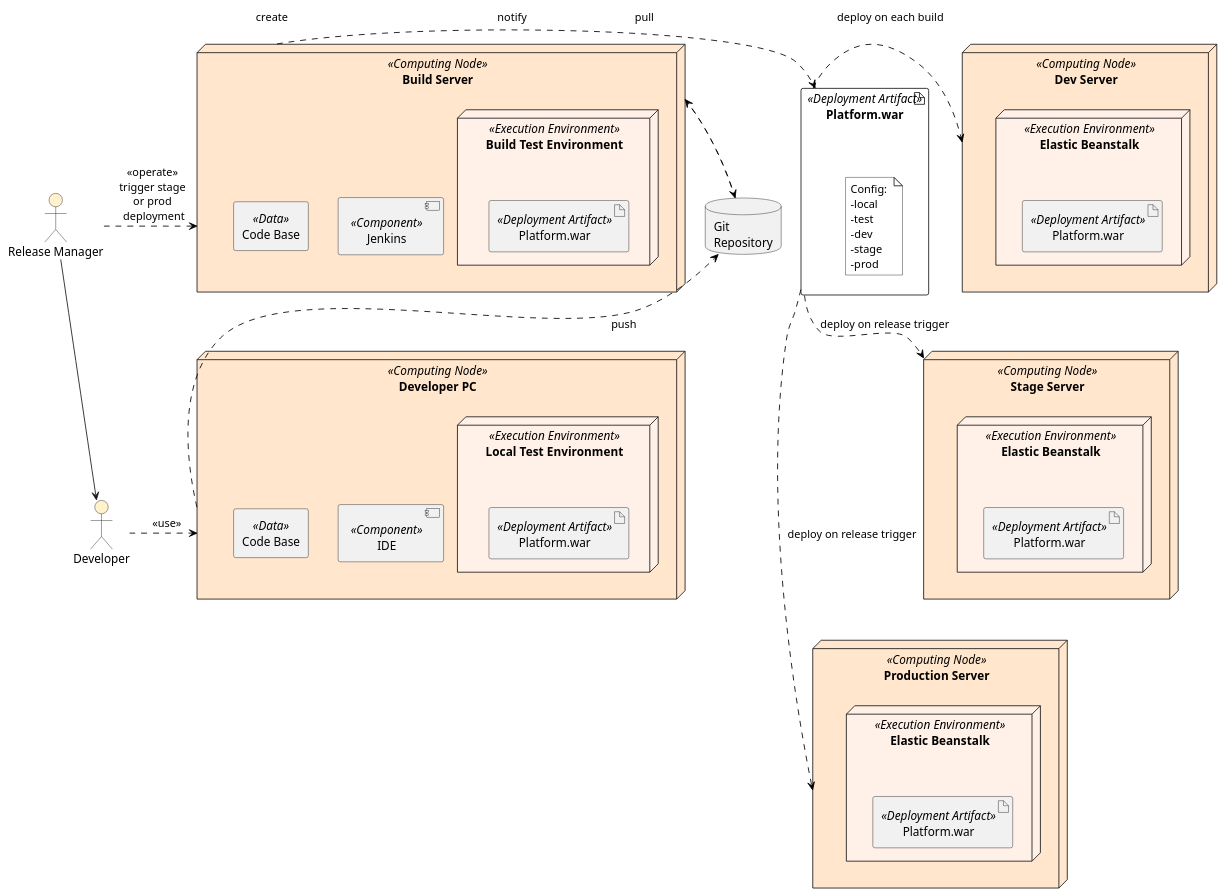
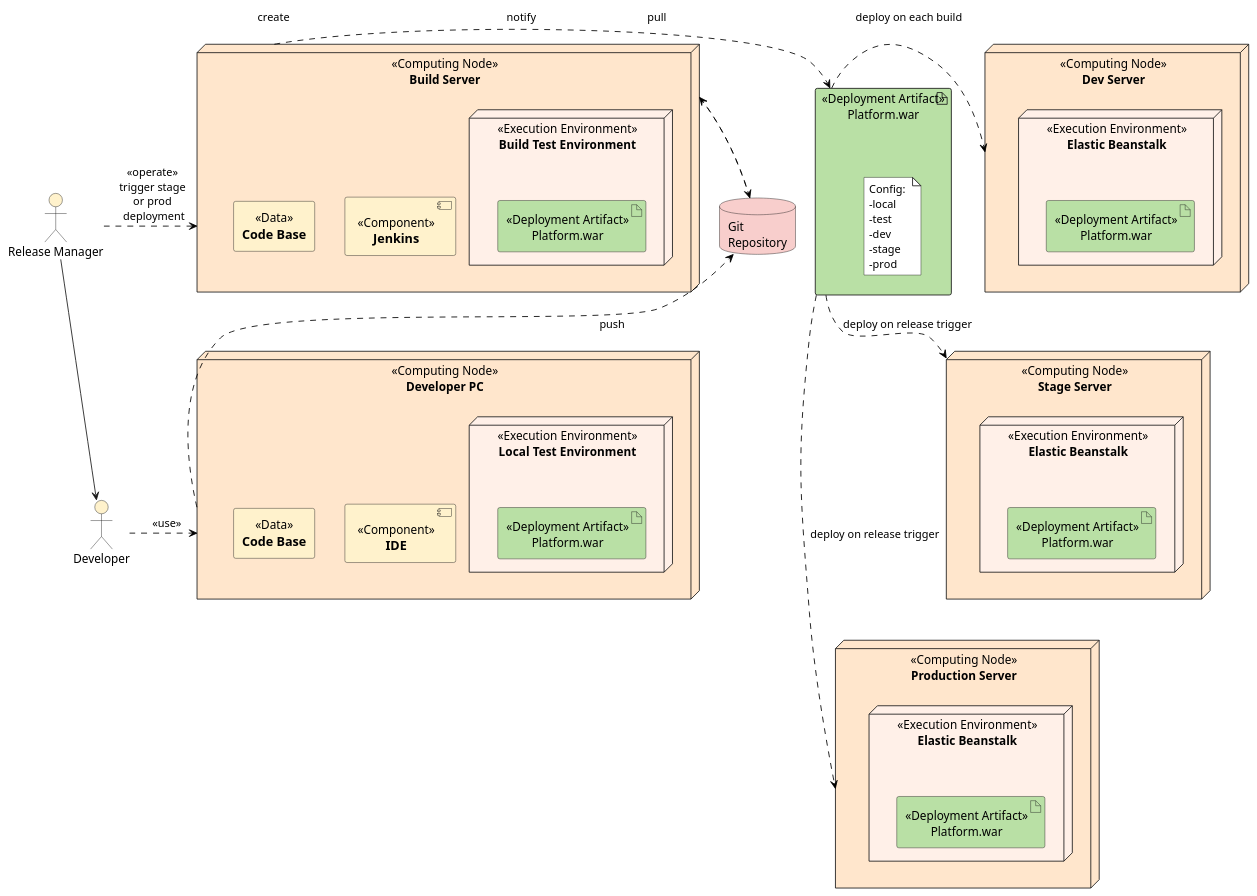
The diagram in DD/activities-dt.plantuml (YanChunChang/BA_Plantuml), drawn with PlantUML before and after one commit.

Commit message:
added DD_Activities@Devtime

```diff
--- a/DD/activities-dt.plantuml
+++ b/DD/activities-dt.plantuml
@@ -1,66 +1,88 @@
 @startuml DD_Activities@Devtime
 'left to right direction
+
+skinparam  {
+    node {
+        FontStyle normal
+        BackgroundColor #ffe6cc
+    }
+    artifact {
+        FontStyle normal
+        BackgroundColor #b9e0a5
+    }
+    component {
+        FontStyle normal
+        BackgroundColor #fff2cc
+    }
+    rectangle {
+        FontStyle normal
+        BackgroundColor #fff2cc
+    }
+    database {
+        BackgroundColor #f8cecc
+    }
+    'linetype ortho
+}
+
 :Release Manager: as rm #fff2cc
 :Developer: as dev #fff2cc
 
 node "**Developer PC**" <<Computing Node>> as a #ffe6cc{
     node "**Local Test Environment**" <<Execution Environment>> as b #fff0e8{
         artifact "Platform.war" <<Deployment Artifact>> as a1
     }
-    [IDE] <<Component>> as c
-    rectangle "Code Base" <<Data>> as d
+    [===IDE] <<Component>> as c
+    rectangle "===Code Base" <<Data>> as d
 }
 
 
 node "**Build Server**" <<Computing Node>> as e #ffe6cc{
     node "**Build Test Environment**" <<Execution Environment>> as f #fff0e8{
         artifact "Platform.war" <<Deployment Artifact>> as a2
     }
-    [Jenkins] <<Component>> as g
-    rectangle "Code Base" <<Data>> as h
+    [===Jenkins] <<Component>> as g
+    rectangle "===Code Base" <<Data>> as h
 }
 
 
 node "**Dev Server**" <<Computing Node>> as i #ffe6cc{
     node "**Elastic Beanstalk**" <<Execution Environment>> as j #fff0e8{
         artifact "Platform.war" <<Deployment Artifact>> as a3
     }
 }
 
 node "**Stage Server**" <<Computing Node>> as k #ffe6cc{
     node "**Elastic Beanstalk**" <<Execution Environment>> as l #fff0e8{
         artifact "Platform.war" <<Deployment Artifact>> as a4
     }
 }
 
 node "**Production Server**" <<Computing Node>> as m #ffe6cc{
     node "**Elastic Beanstalk**" <<Execution Environment>> as n #fff0e8{
         artifact "Platform.war" <<Deployment Artifact>> as a5
     }
 }
 
 artifact "Platform.war" <<Deployment Artifact>> as a6{
     note "Config: \n-local \n-test \n-dev \n-stage \n-prod" as n1 #ffffff
 }
 
 database "Git \nRepository" as git
 
 rm -d-> dev
 
 rm -> e #black;line.dashed;:<<operate>> \ntrigger stage \nor prod \ndeployment
 dev -> a #black;line.dashed;:<<use>>
 a -> git #black;line.dashed;:push
 git -> e #black;line.dashed;:notify
 e -> git #black;line.dashed;:pull
 e -> a6 #black;line.dashed;:create
 a6 -> i #black;line.dashed;:deploy on each build
 a6 -> k #black;line.dashed;:deploy on release trigger
 a6 -> m #black;line.dashed;:deploy on release trigger
 
 'position
 i -[hidden]d- k
 k -[hidden]d- m
 e -[hidden]d- a
-
-
 @enduml
```
